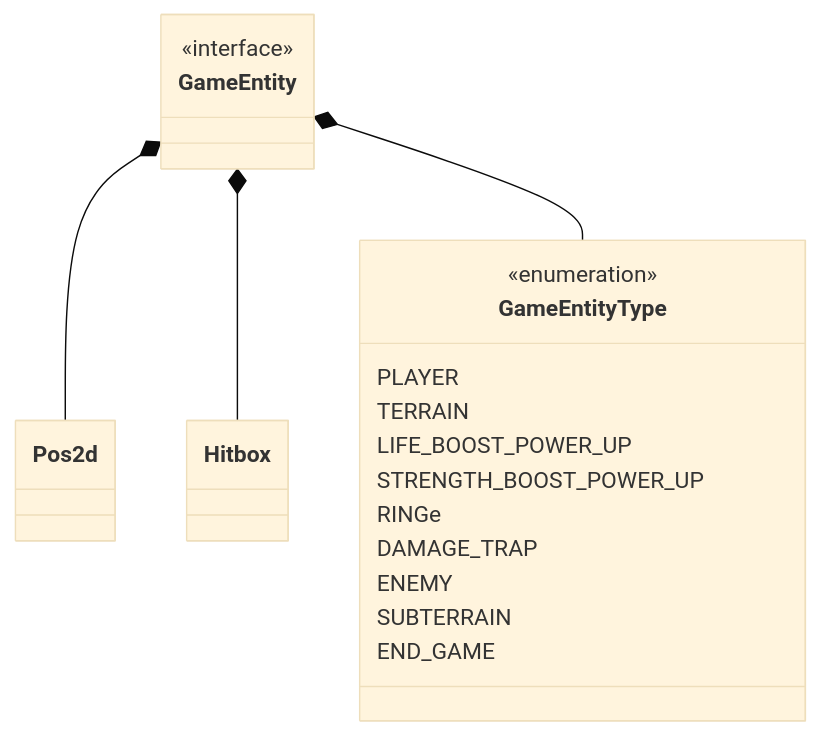
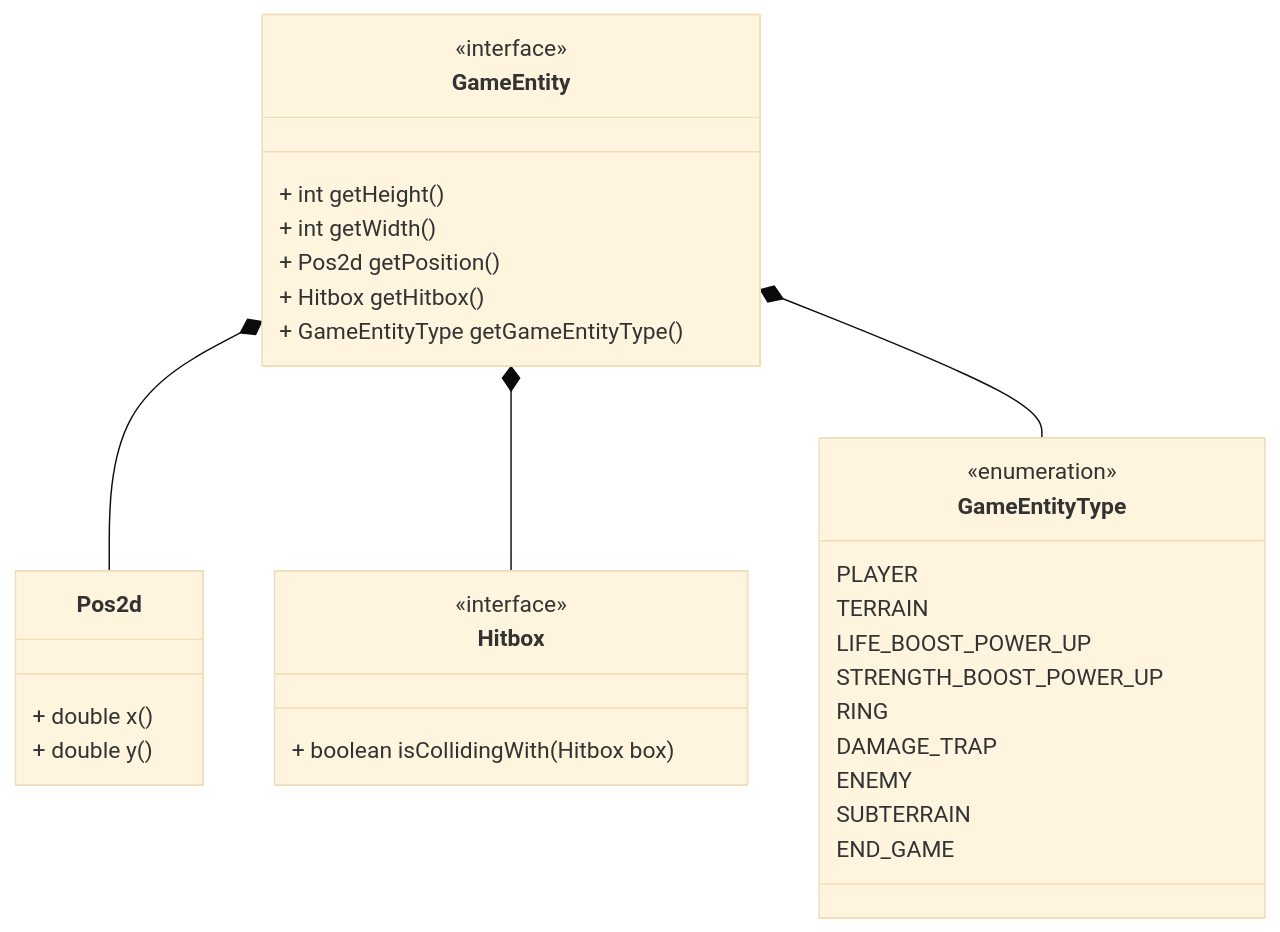
Before and after one commit to unibo-oop-projects/OOP23-FilippoMassariFilippoMassari6studio-MatteoBagnolini-FilippoMassari-SaadElMaliki-Matteo-SUPSON: the fifth of 8 diagrams in report.md, drawn with Mermaid (base theme). The commit also changed other lines of this file, not shown here.

````diff
--- a/report.md
+++ b/report.md
@@ -231,31 +231,39 @@
 ```mermaid
 classDiagram
     class GameEntity {
         <<interface>>
-
+        + int getHeight()
+        + int getWidth()
+        + Pos2d getPosition()
+        + Hitbox getHitbox()
+        + GameEntityType getGameEntityType()
     }
 
     class GameEntityType {
         <<enumeration>>
         PLAYER
         TERRAIN
         LIFE_BOOST_POWER_UP
         STRENGTH_BOOST_POWER_UP
-        RINGe
+        RING
         DAMAGE_TRAP
         ENEMY
         SUBTERRAIN
         END_GAME
-
     }
 
     class Pos2d {
+        + double x()
+        + double y()
     }
 
     class Hitbox {
+        <<interface>>
+        + boolean isCollidingWith(Hitbox box)
     }
 
     GameEntity *-- Pos2d
     GameEntity *-- Hitbox
     GameEntity *-- GameEntityType
+
 ```
````
